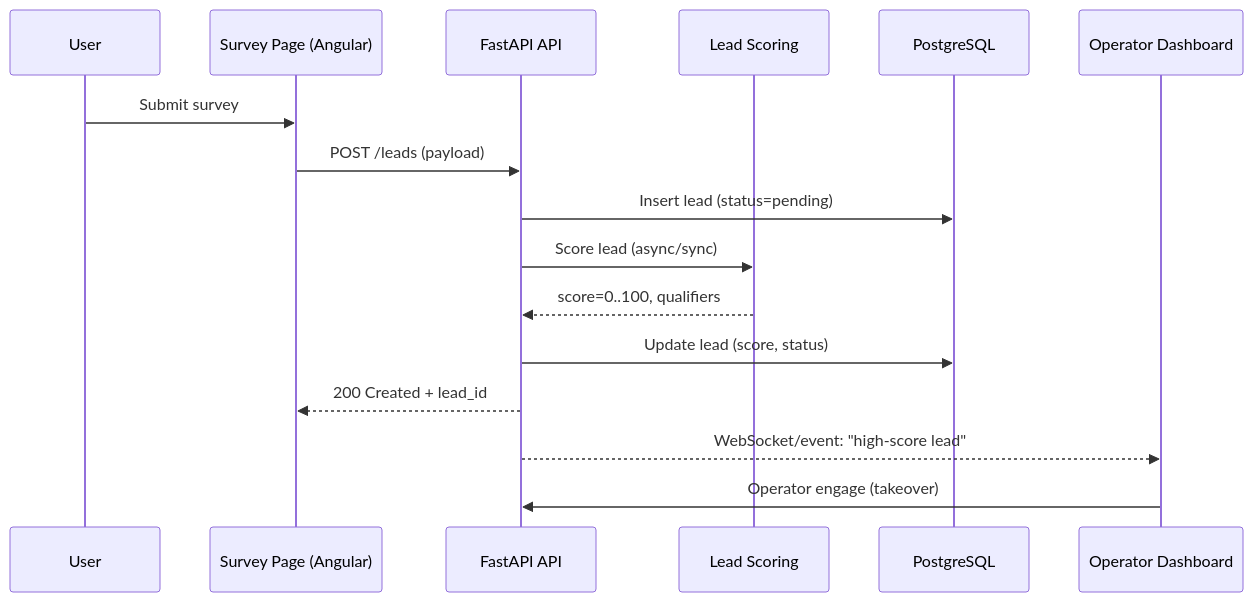
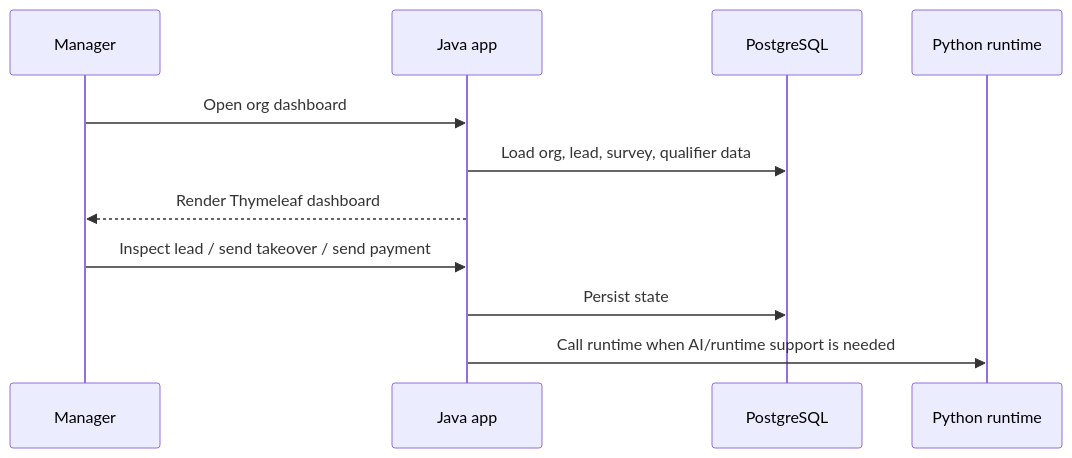
One commit to Codere11/ACE-RealEstate-Showcase changed the second of 4 diagrams in ARCHITECTURE.md. Above: the diagram before and after it, drawn with Mermaid. The commit also changed other lines of this file and 4 other files, not shown here.

Commit message:
Anchor repo docs to Java-plus-Python architecture

````diff
--- a/ARCHITECTURE.md
+++ b/ARCHITECTURE.md
@@ -16,19 +70,14 @@
 ```mermaid
 sequenceDiagram
-    participant U as User
-    participant FE as Survey Page (Angular)
-    participant BE as FastAPI API
-    participant LS as Lead Scoring
+    participant M as Manager
+    participant J as Java app
     participant DB as PostgreSQL
-    participant OD as Operator Dashboard
+    participant P as Python runtime
 
-    U->>FE: Submit survey
-    FE->>BE: POST /leads (payload)
-    BE->>DB: Insert lead (status=pending)
-    BE->>LS: Score lead (async/sync)
-    LS-->>BE: score=0..100, qualifiers
-    BE->>DB: Update lead (score, status)
-    BE-->>FE: 200 Created + lead_id
-    BE-->>OD: WebSocket/event: "high-score lead"
-    OD->>BE: Operator engage (takeover)
+    M->>J: Open org dashboard
+    J->>DB: Load org, lead, survey, qualifier data
+    J-->>M: Render Thymeleaf dashboard
+    M->>J: Inspect lead / send takeover / send payment
+    J->>DB: Persist state
+    J->>P: Call runtime when AI/runtime support is needed
 ```
````
